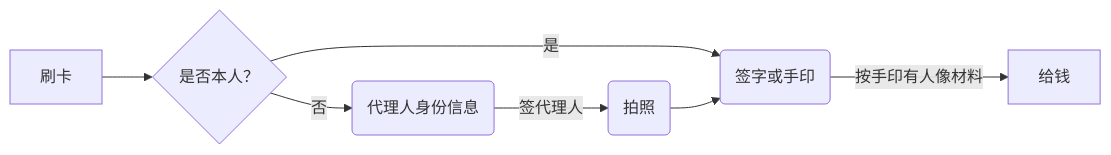
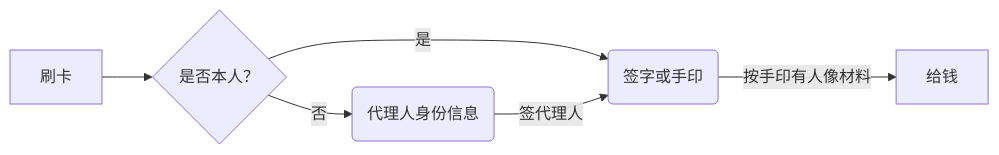
One commit to le1111er/OperationGuide changed the first of 4 diagrams in 柜员操作指北.md. Above: the diagram before and after it, drawn with Mermaid. The commit also changed other lines of this file, not shown here.

````diff
--- a/柜员操作指北.md
+++ b/柜员操作指北.md
@@ -9,9 +11,8 @@
    ``` mermaid
    graph LR
    A[刷卡] --> B{是否本人？}
    B --> |是| C(签字或手印)
    B --> |否| D(代理人身份信息)
-   D --> |签代理人| E(拍照)
-   E --> C
+   D --> |签代理人| C
    C --> |按手印有人像材料| F[给钱]
    ```
````
